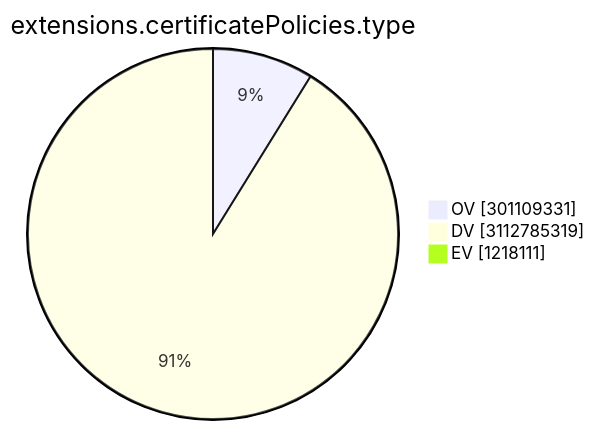
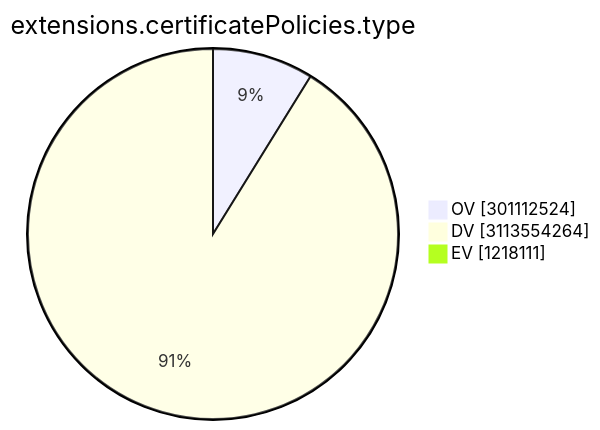
One commit to christiankrug/ctmonitor_visualization changed the ninth of 15 diagrams in TOTAL/README.md. Above: the diagram before and after it, drawn with Mermaid. The commit also changed other lines of this file, not shown here.

````diff
--- a/TOTAL/README.md
+++ b/TOTAL/README.md
@@ -3103,7 +3103,7 @@
 ```mermaid
 pie showData
 title extensions.certificatePolicies.type
-"OV" :301109331
-"DV" :3112785319
+"OV" :301112524
+"DV" :3113554264
 "EV" :1218111
 ```
````
